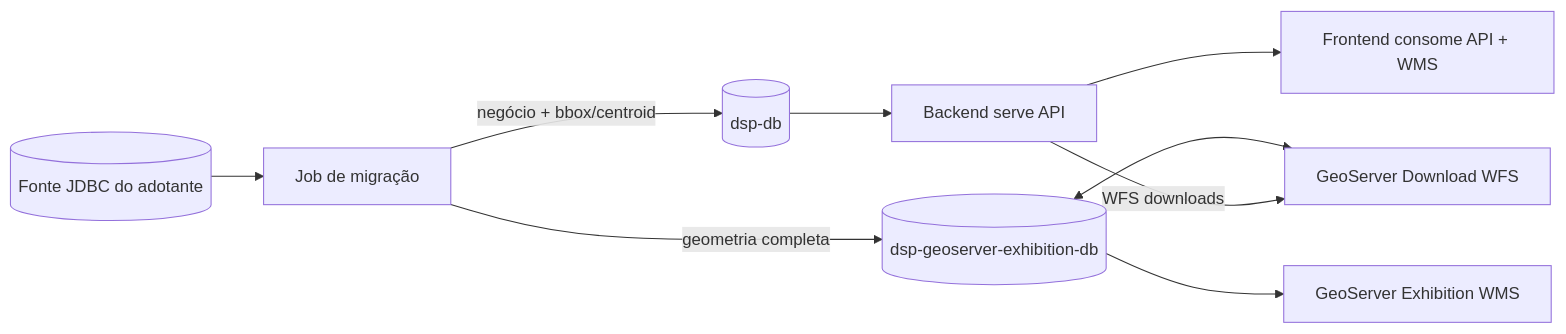
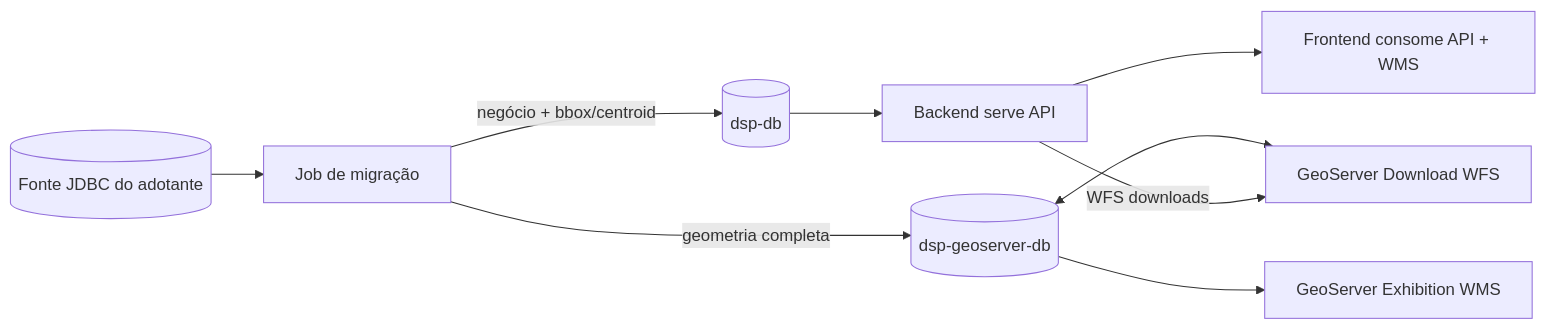
Before and after one commit to kleber-albino/rer-dsp-docs: the second of 3 diagrams in docs/modules/core.md, drawn with Mermaid. The commit also changed other lines of this file and 14 other files, not shown here.

First line of the commit message:
docs: rename ` geoserver-exhibition-db` references to `geoserver-db` across documentation

````diff
--- a/docs/modules/core.md
+++ b/docs/modules/core.md
@@ -118,11 +118,11 @@
 ```mermaid
 flowchart LR
   src[(Fonte JDBC do adotante)] --> job[Job de migração]
   job -->|"negócio + bbox/centroid"| dspdb[(dsp-db)]
-  job -->|"geometria completa"| exdb[(dsp-geoserver-exhibition-db)]
+  job -->|"geometria completa"| exdb[(dsp-geoserver-db)]
   exdb --> gsEx[GeoServer Exhibition WMS]
   exdb <--> gsDl[GeoServer Download WFS]
   dspdb --> be[Backend serve API]
   be --> fe[Frontend consome API + WMS]
   be -->|WFS downloads| gsDl
 ```
````
